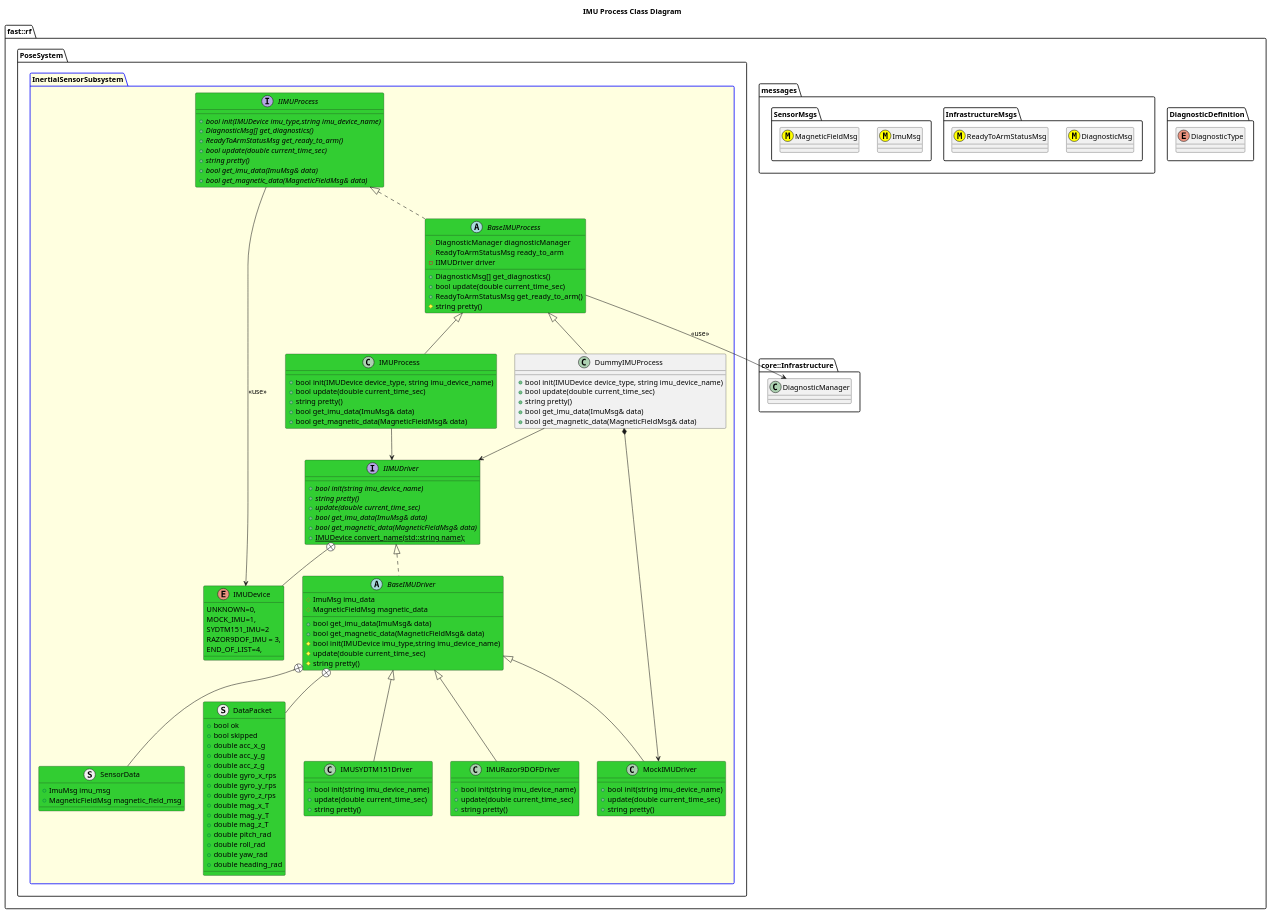
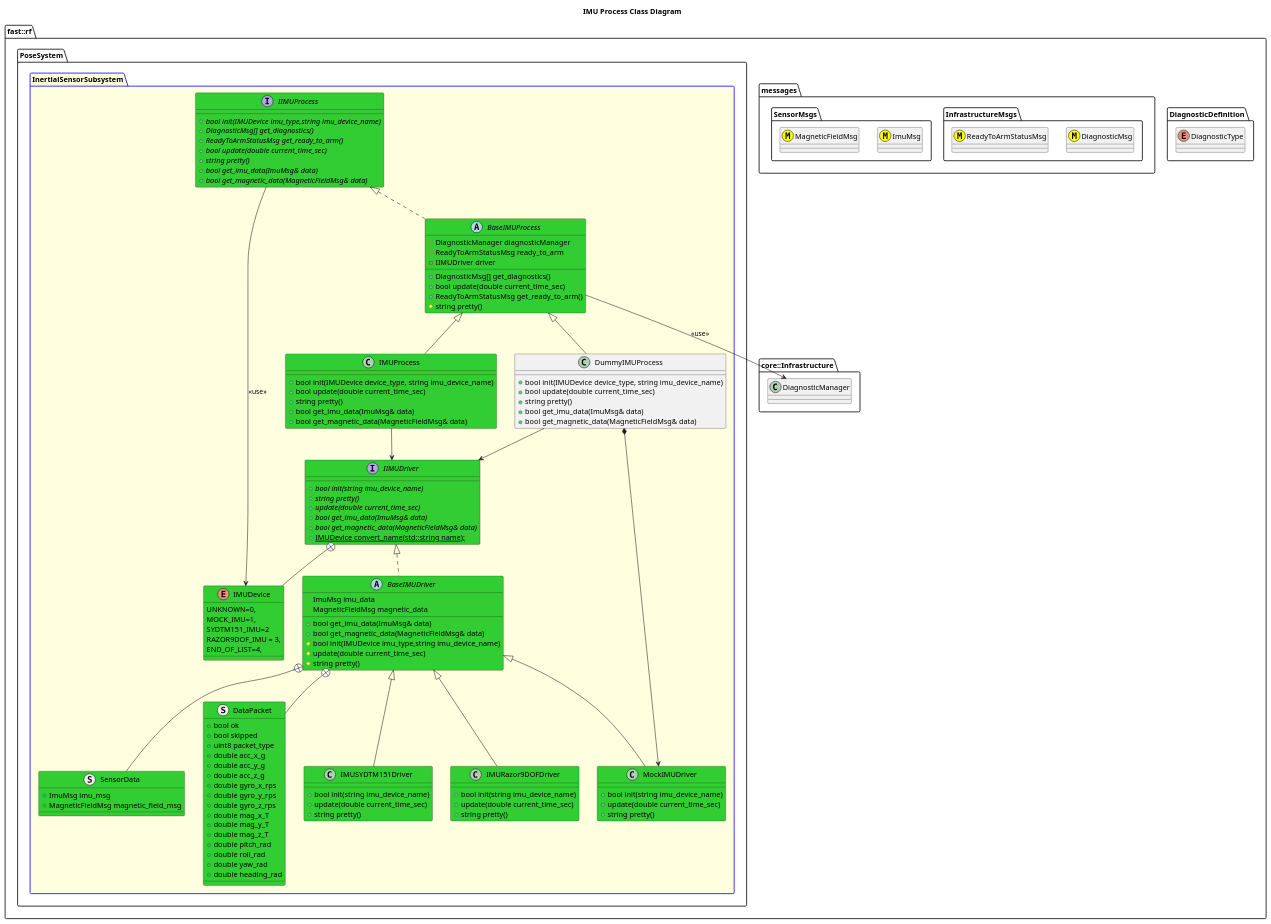
The diagram in Systems/Pose/Subsystems/InertialSensor/Processes/IMU/doc/puml/IMUProcessClassDiagram.puml (fastrobotics/robot_framework), drawn with PlantUML before and after one commit. The commit also changed 4 other files, not shown here.

```diff
--- a/Systems/Pose/Subsystems/InertialSensor/Processes/IMU/doc/puml/IMUProcessClassDiagram.puml
+++ b/Systems/Pose/Subsystems/InertialSensor/Processes/IMU/doc/puml/IMUProcessClassDiagram.puml
@@ -1,140 +1,141 @@
 @startuml
 title IMU Process Class Diagram
 
 namespace fast::rf {
   namespace DiagnosticDefinition {
     enum DiagnosticType
   }
   namespace messages {
     namespace InfrastructureMsgs {
       class DiagnosticMsg <<(M,#FFFF00)>>
       class ReadyToArmStatusMsg <<(M,#FFFF00)>>
     }
     namespace SensorMsgs {
       class ImuMsg <<(M,#FFFF00)>>
       class MagneticFieldMsg <<(M,#FFFF00)>>
     }
   }
   namespace core::Infrastructure {
     class DiagnosticManager
   }
   namespace PoseSystem {
     package InertialSensorSubsystem #LightYellow;line:blue {
         interface IIMUProcess #LimeGreen {
           +{abstract} bool init(IMUDevice imu_type,string imu_device_name)
           +{abstract} DiagnosticMsg[] get_diagnostics()
           +{abstract} ReadyToArmStatusMsg get_ready_to_arm()
           +{abstract} bool update(double current_time_sec)
           +{abstract} string pretty()
           +{abstract} bool get_imu_data(ImuMsg& data)
           +{abstract} bool get_magnetic_data(MagneticFieldMsg& data)
         }
         IIMUProcess --> IMUDevice: <<use>>
         
         abstract BaseIMUProcess #LimeGreen {
           +DiagnosticMsg[] get_diagnostics()
           +bool update(double current_time_sec)
           +ReadyToArmStatusMsg get_ready_to_arm()
           #string pretty()
           #DiagnosticManager diagnosticManager
           #ReadyToArmStatusMsg ready_to_arm
           -IIMUDriver driver
 
         }
         BaseIMUProcess .up.|> IIMUProcess
         BaseIMUProcess --> DiagnosticManager: <<use>>
 
         enum IMUDevice #LimeGreen {
           UNKNOWN=0,
           MOCK_IMU=1,
           SYDTM151_IMU=2
           RAZOR9DOF_IMU = 3,
           END_OF_LIST=4,
         }
         interface IIMUDriver #LimeGreen {
           +{abstract} bool init(string imu_device_name)
           +{abstract} string pretty()
           +{abstract} update(double current_time_sec)
           +{abstract}  bool get_imu_data(ImuMsg& data)
           +{abstract} bool get_magnetic_data(MagneticFieldMsg& data)
           +{static} IMUDevice convert_name(std::string name);
         }
         IIMUDriver +-- IMUDevice
         struct SensorData #LimeGreen {
           +ImuMsg imu_msg
           +MagneticFieldMsg magnetic_field_msg
         }
         struct DataPacket #LimeGreen {
             +bool ok
             +bool skipped
+            +uint8 packet_type
             +double acc_x_g
             +double acc_y_g
             +double acc_z_g
             +double gyro_x_rps
             +double gyro_y_rps
             +double gyro_z_rps
             +double mag_x_T
             +double mag_y_T
             +double mag_z_T
             +double pitch_rad
             +double roll_rad
             +double yaw_rad
             +double heading_rad
         }
         abstract BaseIMUDriver #LimeGreen {
           +bool get_imu_data(ImuMsg& data)
           +bool get_magnetic_data(MagneticFieldMsg& data)
           #bool init(IMUDevice imu_type,string imu_device_name)
           #update(double current_time_sec)
           #string pretty()
           #ImuMsg imu_data
           #MagneticFieldMsg magnetic_data
         }
         BaseIMUDriver .up.|> IIMUDriver
         BaseIMUDriver +-- SensorData
         BaseIMUDriver +-- DataPacket
 
         class MockIMUDriver #LimeGreen {
            +bool init(string imu_device_name)
            +update(double current_time_sec)
            +string pretty()
            
         }
         MockIMUDriver -up-|> BaseIMUDriver
 
         class IMUSYDTM151Driver #LimeGreen {
            +bool init(string imu_device_name)
            +update(double current_time_sec)
            +string pretty()
         }
         IMUSYDTM151Driver -up-|> BaseIMUDriver
         class IMURazor9DOFDriver #LimeGreen {
            +bool init(string imu_device_name)
            +update(double current_time_sec)
            +string pretty()
         }
         IMURazor9DOFDriver -up-|> BaseIMUDriver
         class IMUProcess #LimeGreen {
           +bool init(IMUDevice device_type, string imu_device_name)
           +bool update(double current_time_sec)
           +string pretty()
           +bool get_imu_data(ImuMsg& data)
           +bool get_magnetic_data(MagneticFieldMsg& data)
           
         }
         IMUProcess -up-|> BaseIMUProcess
         IMUProcess --> IIMUDriver
         class DummyIMUProcess {
           +bool init(IMUDevice device_type, string imu_device_name)
           +bool update(double current_time_sec)
           +string pretty()
           +bool get_imu_data(ImuMsg& data)
           +bool get_magnetic_data(MagneticFieldMsg& data)
         }
         DummyIMUProcess -up-|> BaseIMUProcess
         DummyIMUProcess --> IIMUDriver
         DummyIMUProcess *-> MockIMUDriver
     }
   }
 }
 @enduml
```
